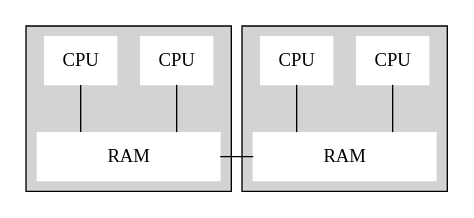
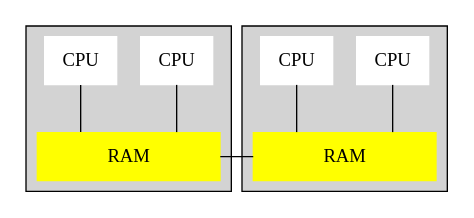
The diagram in doc/parall_comput_slides/multi-cpu.dot (sergei-romanenko/openacc-samples), drawn with Graphviz before and after one commit. The commit also changed 6 other files, not shown here.

```diff
--- a/doc/parall_comput_slides/multi-cpu.dot
+++ b/doc/parall_comput_slides/multi-cpu.dot
@@ -1,26 +1,26 @@
 graph multi_cpu {
 
 rankdir=TB;
 splines=ortho;
 node[shape=box];
 
 subgraph cluster_1 {
     style=filled;
 	node [style=filled, color=white];
     { rank=same; cpu11, cpu12[label="CPU"]; }
     cpu11 -- cpu12 [style=invis];
-    r1 [width=1.9, label="RAM"];
+    r1 [width=1.9, label="RAM", color=yellow];
 }
 
 subgraph cluster_2 {
     style=filled;
 	node [style=filled, color=white];
     { rank=same; cpu21, cpu22[label="CPU"]; }
     cpu21 -- cpu22 [style=invis];
-    r2 [width=1.9, label="RAM"];
+    r2 [width=1.9, label="RAM", color=yellow];
 }
 
 {cpu11, cpu12} -- r1;
 {cpu21, cpu22} -- r2;
 r1 -- r2 [constraint=false];
 }
```
